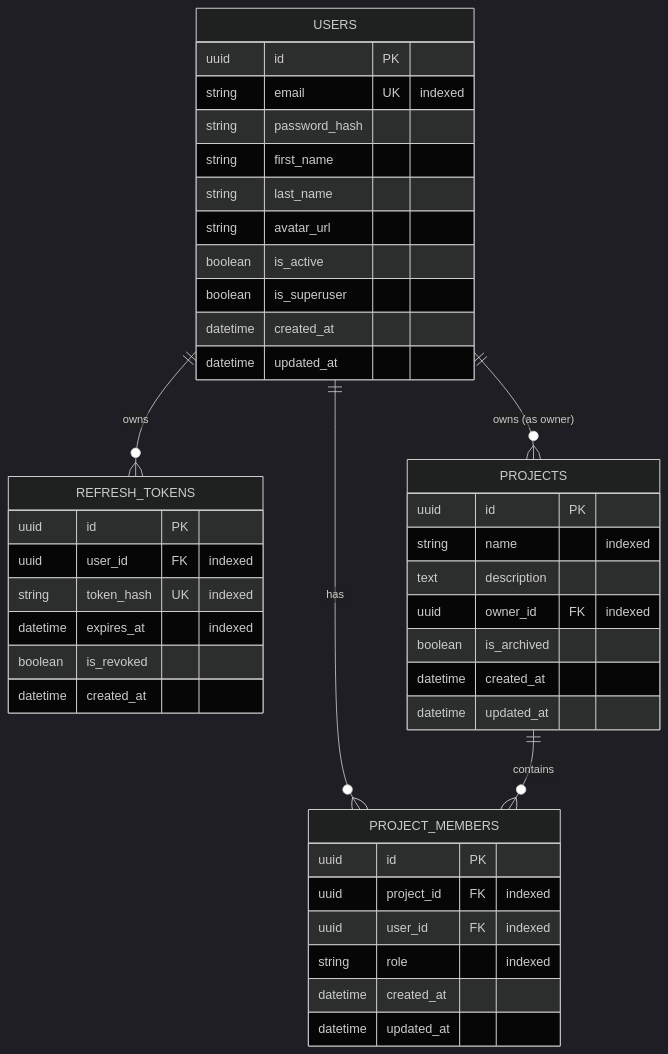
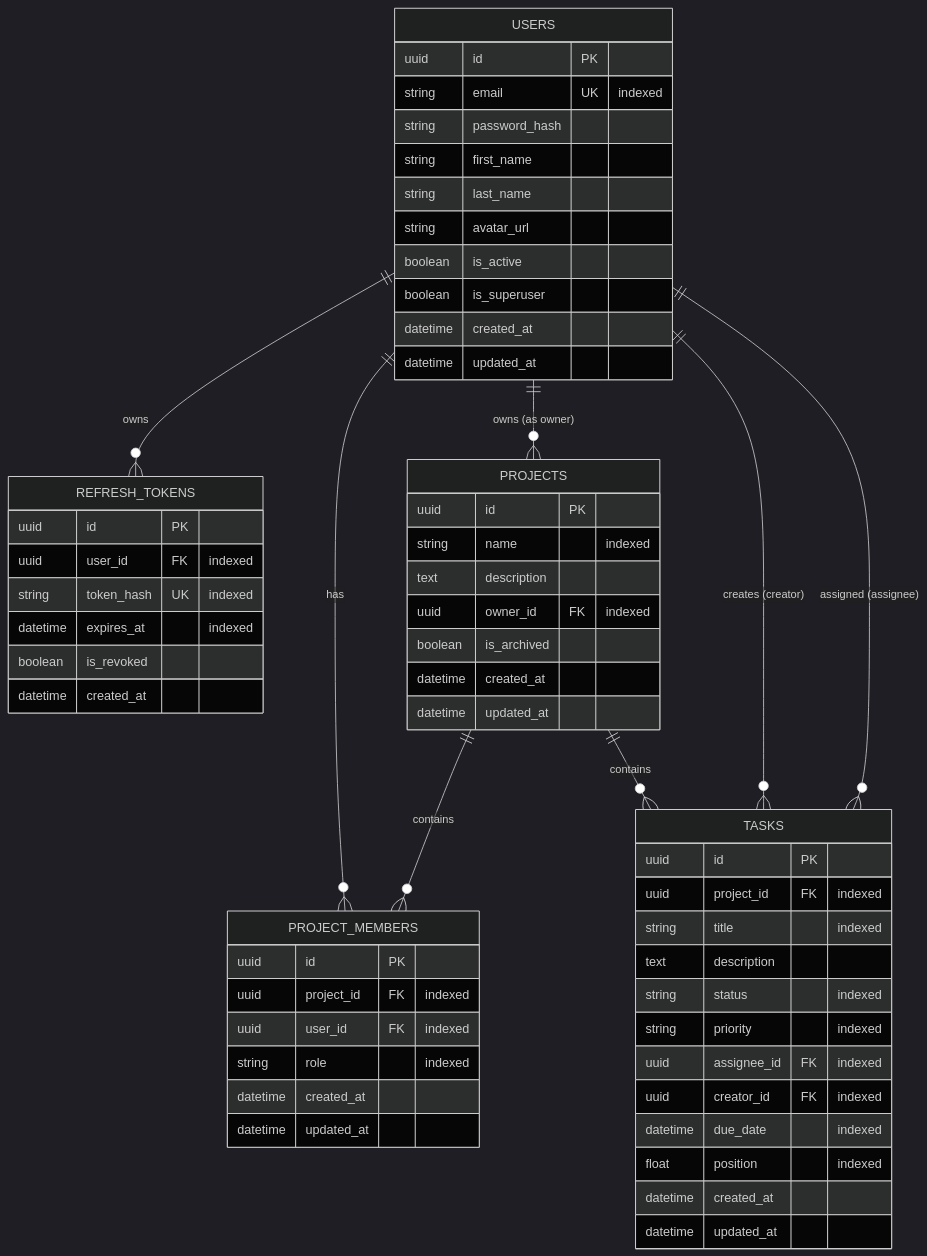
The diagram in ARCHITECTURE.md (AliSheydai/project-management-platform), drawn with Mermaid (dark theme) before and after one commit. The commit also changed other lines of this file and 12 other files, not shown here.

````diff
--- a/ARCHITECTURE.md
+++ b/ARCHITECTURE.md
@@ -25,48 +25,66 @@
 ```mermaid
 erDiagram
     USERS ||--o{ REFRESH_TOKENS : "owns"
     USERS ||--o{ PROJECTS : "owns (as owner)"
     USERS ||--o{ PROJECT_MEMBERS : "has"
     PROJECTS ||--o{ PROJECT_MEMBERS : "contains"
+    PROJECTS ||--o{ TASKS : "contains"
+    USERS ||--o{ TASKS : "creates (creator)"
+    USERS ||--o{ TASKS : "assigned (assignee)"
     
     USERS {
         uuid id PK
         string email UK "indexed"
         string password_hash
         string first_name
         string last_name
         string avatar_url
         boolean is_active
         boolean is_superuser
         datetime created_at
         datetime updated_at
     }
 
     REFRESH_TOKENS {
         uuid id PK
         uuid user_id FK "indexed"
         string token_hash UK "indexed"
         datetime expires_at "indexed"
         boolean is_revoked
         datetime created_at
     }
 
     PROJECTS {
         uuid id PK
         string name "indexed"
         text description
         uuid owner_id FK "indexed"
         boolean is_archived
         datetime created_at
         datetime updated_at
     }
 
     PROJECT_MEMBERS {
         uuid id PK
         uuid project_id FK "indexed"
         uuid user_id FK "indexed"
         string role "indexed"
         datetime created_at
         datetime updated_at
     }
+
+    TASKS {
+        uuid id PK
+        uuid project_id FK "indexed"
+        string title "indexed"
+        text description
+        string status "indexed"
+        string priority "indexed"
+        uuid assignee_id FK "indexed"
+        uuid creator_id FK "indexed"
+        datetime due_date "indexed"
+        float position "indexed"
+        datetime created_at
+        datetime updated_at
+    }
 ```
````
